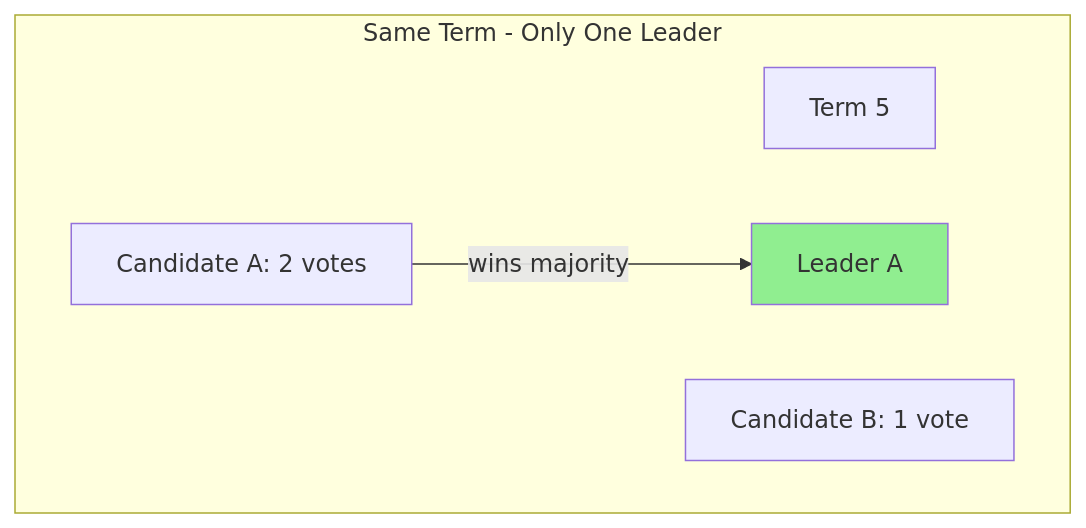
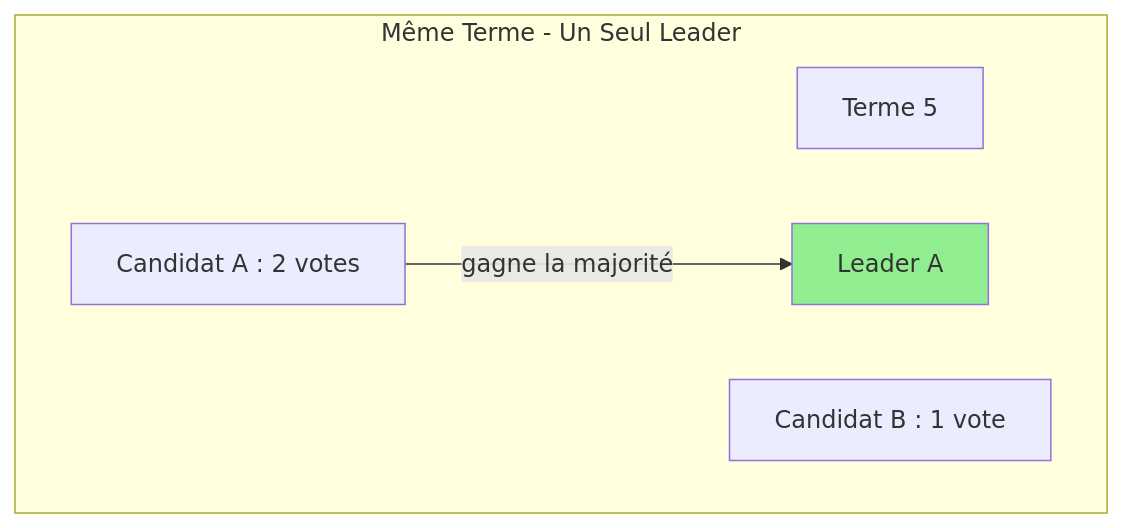
The seventh of 10 diagrams in src/consensus/12-raft-algorithm.md (dardourimohamed/distributed-systems-course), drawn with Mermaid before and after one commit. The commit also changed other lines of this file and 38 other files, not shown here.

````diff
--- a/src/consensus/12-raft-algorithm.md
+++ b/src/consensus/12-raft-algorithm.md
@@ -241,10 +244,10 @@
 ```mermaid
 graph TB
-    subgraph "Same Term - Only One Leader"
-        T[Term 5]
-        C1[Candidate A: 2 votes]
-        C2[Candidate B: 1 vote]
-        C1 -->|wins majority| L[Leader A]
+    subgraph "Même Terme - Un Seul Leader"
+        T[Terme 5]
+        C1[Candidat A : 2 votes]
+        C2[Candidat B : 1 vote]
+        C1 -->|gagne la majorité| L[Leader A]
         style L fill:#90EE90
     end
 ```
````
